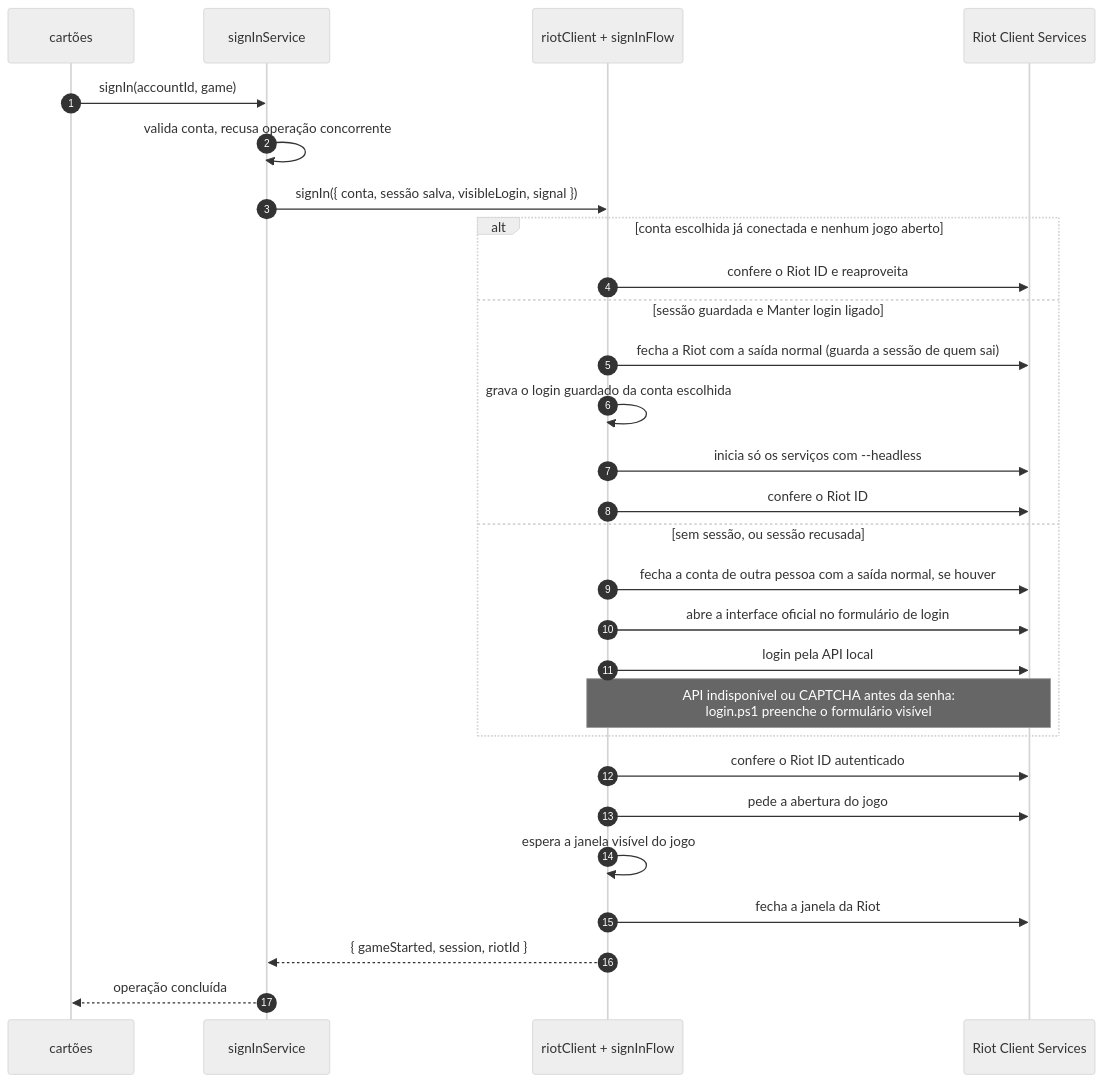
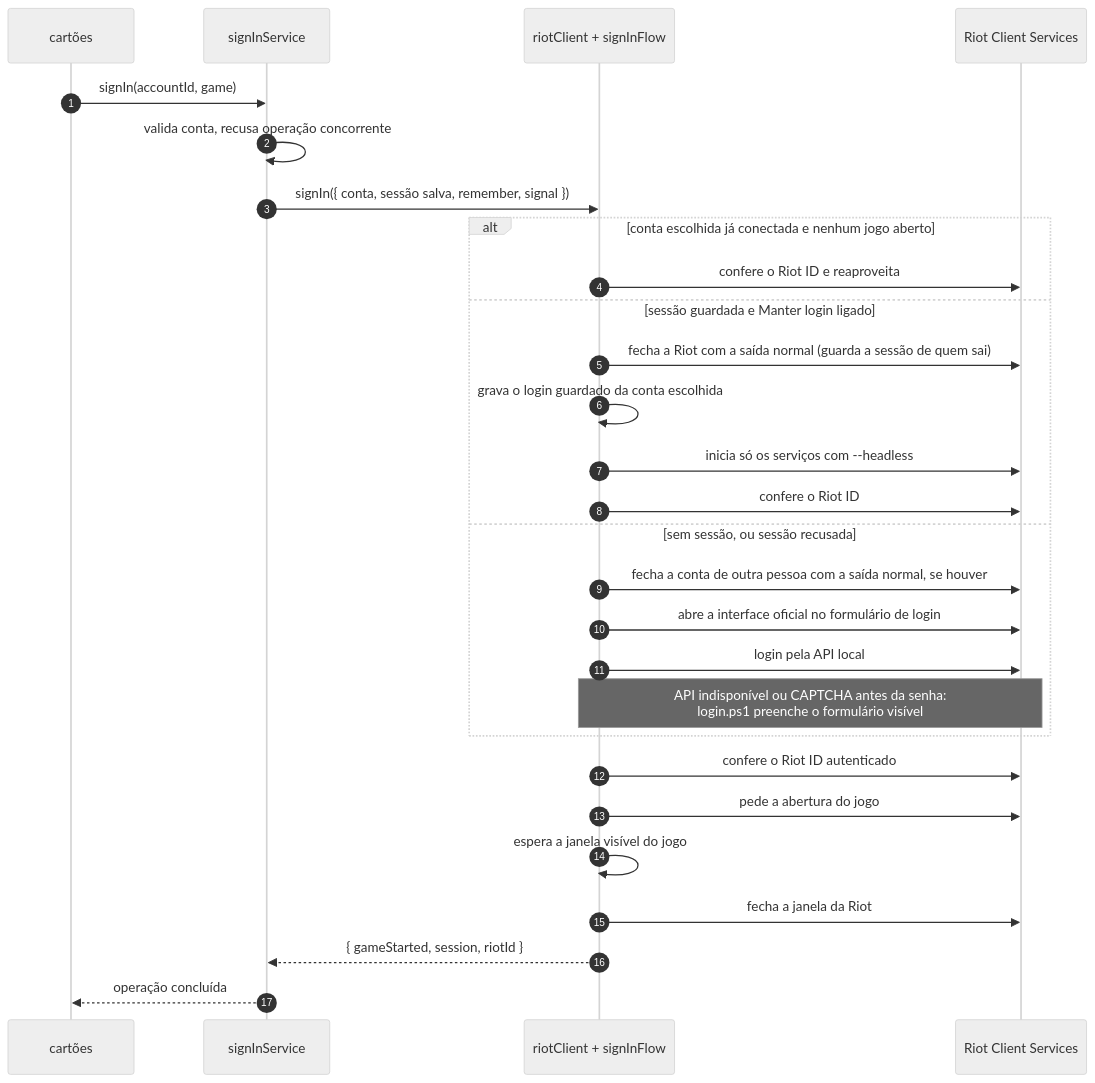
Before and after one commit to arthurmchd/eclipse: the diagram in docs/02 Arquitetura/Fluxo de login.md, drawn with Mermaid (neutral theme). The commit also changed other lines of this file and 17 other files, not shown here.

First line of the commit message:
Tira o login escondido do signInFlow

````diff
--- a/docs/02 Arquitetura/Fluxo de login.md
+++ b/docs/02 Arquitetura/Fluxo de login.md
@@ -10,31 +10,31 @@
 ```mermaid
 sequenceDiagram
   autonumber
   participant UI as cartões
   participant SS as signInService
   participant RC as riotClient + signInFlow
   participant RCS as Riot Client Services
 
   UI->>SS: signIn(accountId, game)
   SS->>SS: valida conta, recusa operação concorrente
-  SS->>RC: signIn({ conta, sessão salva, visibleLogin, signal })
+  SS->>RC: signIn({ conta, sessão salva, remember, signal })
   alt conta escolhida já conectada e nenhum jogo aberto
     RC->>RCS: confere o Riot ID e reaproveita
   else sessão guardada e Manter login ligado
     RC->>RCS: fecha a Riot com a saída normal (guarda a sessão de quem sai)
     RC->>RC: grava o login guardado da conta escolhida
     RC->>RCS: inicia só os serviços com --headless
     RC->>RCS: confere o Riot ID
   else sem sessão, ou sessão recusada
     RC->>RCS: fecha a conta de outra pessoa com a saída normal, se houver
     RC->>RCS: abre a interface oficial no formulário de login
     RC->>RCS: login pela API local
     Note over RC,RCS: API indisponível ou CAPTCHA antes da senha:<br/>login.ps1 preenche o formulário visível
   end
   RC->>RCS: confere o Riot ID autenticado
   RC->>RCS: pede a abertura do jogo
   RC->>RC: espera a janela visível do jogo
   RC->>RCS: fecha a janela da Riot
   RC-->>SS: { gameStarted, session, riotId }
   SS-->>UI: operação concluída
 ```
````
